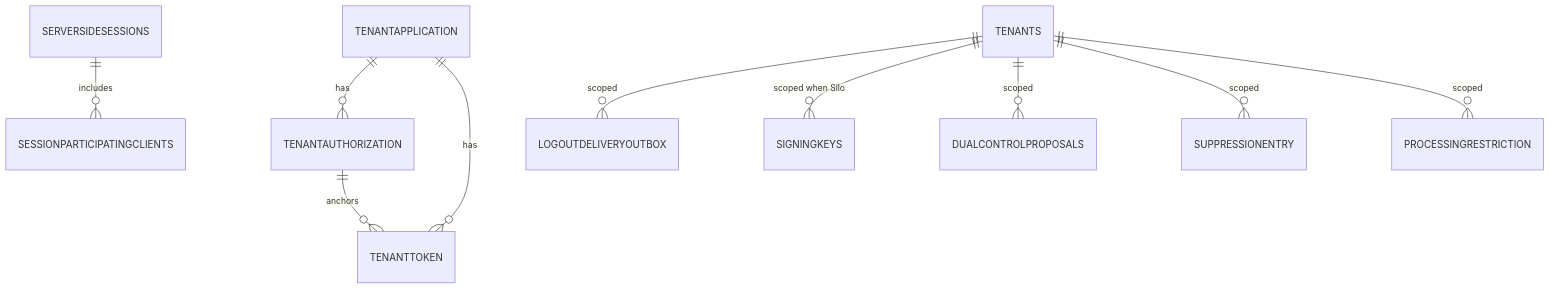
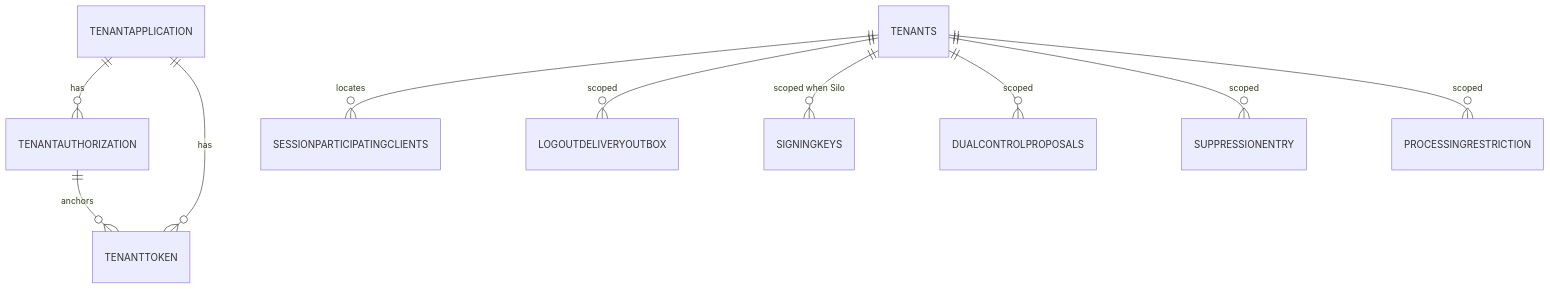
One commit to namphuongtran/nami changed the fourth of 9 diagrams in docs/design/02-data.md. Above: the diagram before and after it, drawn with Mermaid. The commit also changed other lines of this file and 10 other files, not shown here.

````diff
--- a/docs/design/02-data.md
+++ b/docs/design/02-data.md
@@ -294,12 +294,12 @@
 ```mermaid
 erDiagram
   TENANTAPPLICATION ||--o{ TENANTAUTHORIZATION : has
   TENANTAPPLICATION ||--o{ TENANTTOKEN : has
   TENANTAUTHORIZATION ||--o{ TENANTTOKEN : anchors
-  SERVERSIDESESSIONS ||--o{ SESSIONPARTICIPATINGCLIENTS : includes
+  TENANTS ||--o{ SESSIONPARTICIPATINGCLIENTS : locates
   TENANTS ||--o{ LOGOUTDELIVERYOUTBOX : scoped
   TENANTS ||--o{ SIGNINGKEYS : "scoped when Silo"
   TENANTS ||--o{ DUALCONTROLPROPOSALS : scoped
   TENANTS ||--o{ SUPPRESSIONENTRY : scoped
   TENANTS ||--o{ PROCESSINGRESTRICTION : scoped
 ```
````
